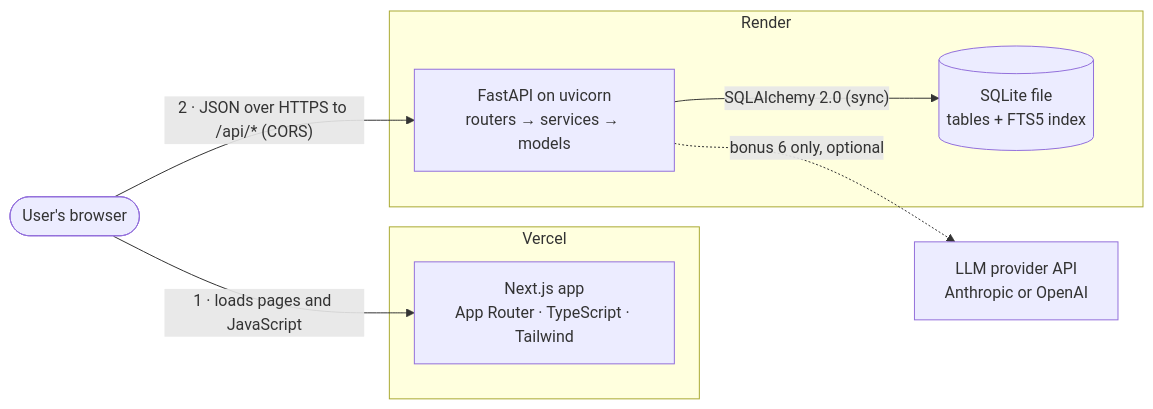
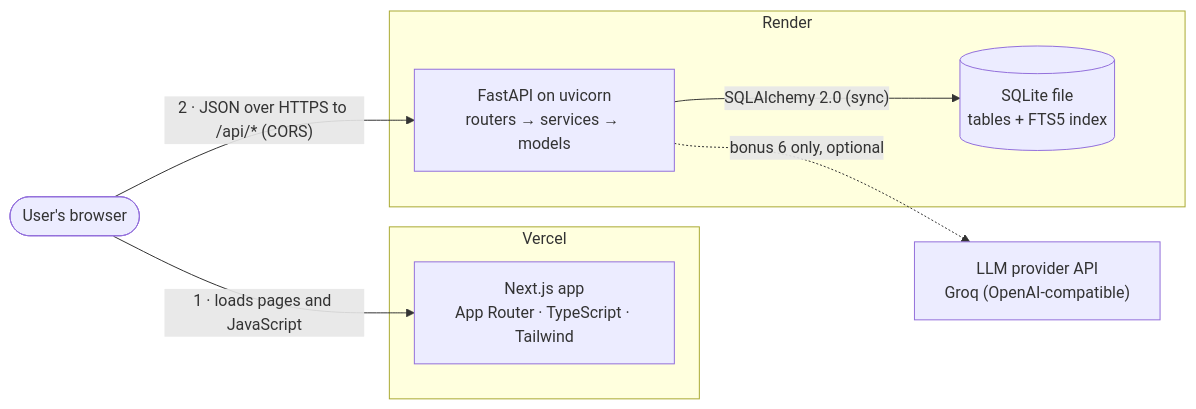
Before and after one commit to Ritvik2209/fireflies-clone: the first of 7 diagrams in docs/ARCHITECTURE.md, drawn with Mermaid. The commit also changed other lines of this file and 1 other file, not shown here.

First line of the commit message:
docs: record phase 12 chat with Groq

````diff
--- a/docs/ARCHITECTURE.md
+++ b/docs/ARCHITECTURE.md
@@ -18,16 +18,16 @@
 ```mermaid
 flowchart LR
     browser(["User's browser"])
     subgraph vercelHost [Vercel]
         fe["Next.js app<br/>App Router · TypeScript · Tailwind"]
     end
     subgraph renderHost [Render]
         api["FastAPI on uvicorn<br/>routers → services → models"]
         db[("SQLite file<br/>tables + FTS5 index")]
     end
-    llm["LLM provider API<br/>Anthropic or OpenAI"]
+    llm["LLM provider API<br/>Groq (OpenAI-compatible)"]
     browser -- "1 · loads pages and JavaScript" --> fe
     browser -- "2 · JSON over HTTPS to /api/* (CORS)" --> api
     api -- "SQLAlchemy 2.0 (sync)" --> db
     api -.->|bonus 6 only, optional| llm
 ```
````
